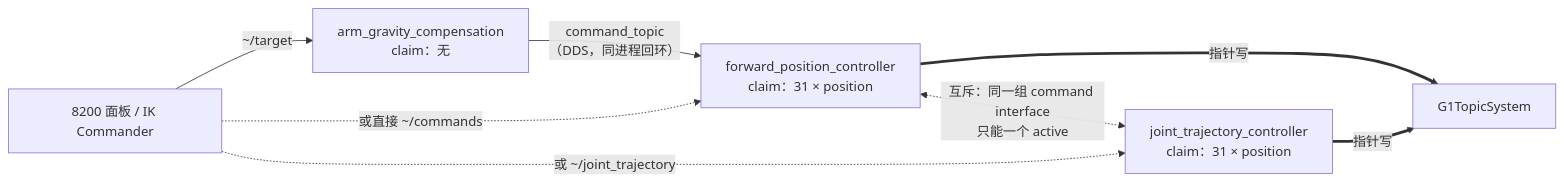
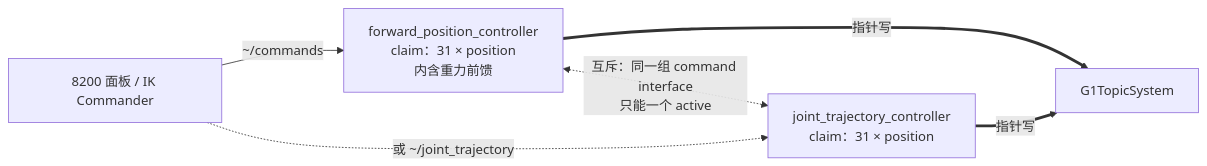
Before and after one commit to yizhongzhang1989/Unitree_G1_Workspace: the second of 3 diagrams in src/unitree_g1_ros2_control/README.md, drawn with Mermaid. The commit also changed other lines of this file and 87 other files, not shown here.

````diff
--- a/src/unitree_g1_ros2_control/README.md
+++ b/src/unitree_g1_ros2_control/README.md
@@ -118,13 +115,11 @@
 ```mermaid
 flowchart LR
   U1["8200 面板 / IK Commander"]
-  U1 -->|"~/target"| GC
-  U1 -.->|"或直接 ~/commands"| FPC
+  U1 -->|"~/commands"| FPC
   U1 -.->|"或 ~/joint_trajectory"| JTC
-  GC["arm_gravity_compensation<br/>claim：无"] -->|"command_topic<br/>（DDS，同进程回环）"| FPC
-  FPC["forward_position_controller<br/>claim：31 × position"]
+  FPC["forward_position_controller<br/>claim：31 × position<br/>内含重力前馈"]
   JTC["joint_trajectory_controller<br/>claim：31 × position"]
   FPC ==>|"指针写"| HW["G1TopicSystem"]
   JTC ==>|"指针写"| HW
   FPC <-.->|"互斥：同一组 command interface<br/>只能一个 active"| JTC
 ```
````
